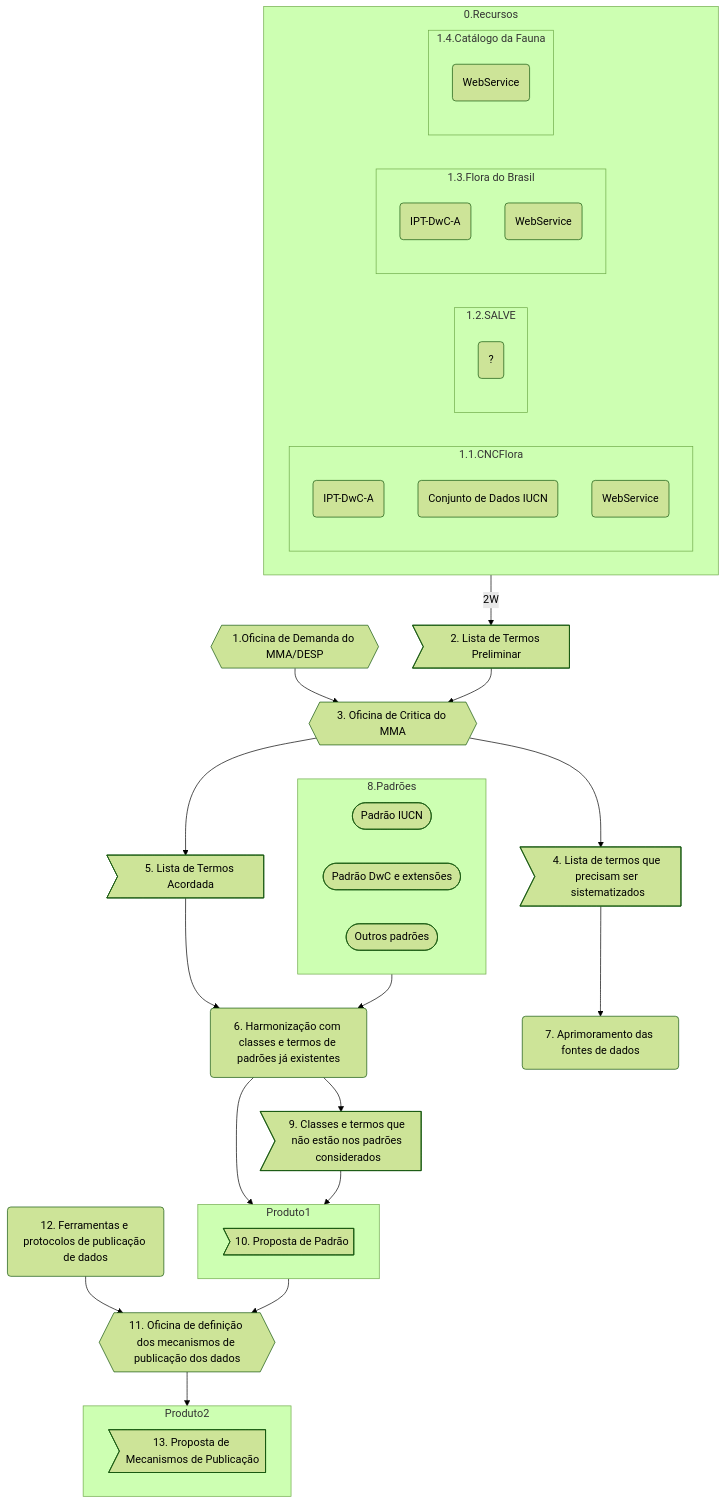
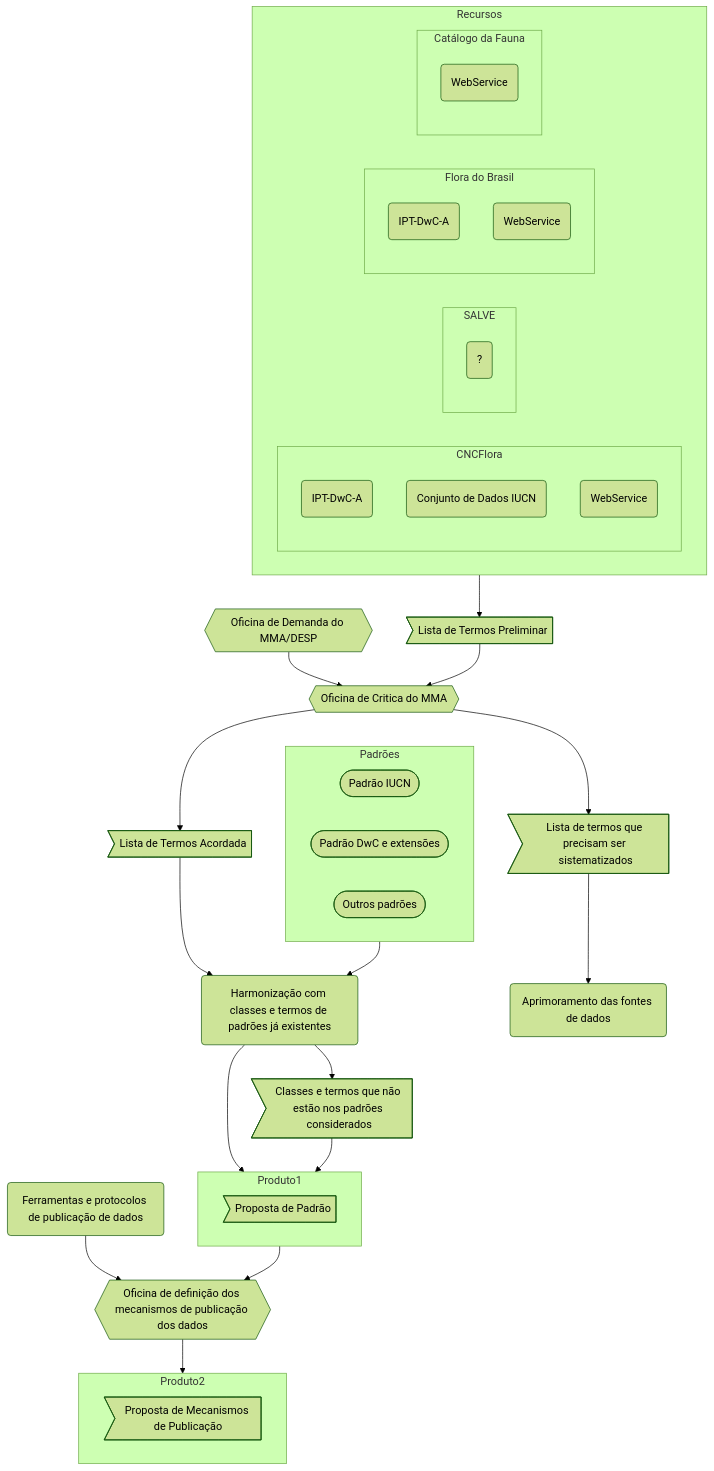
One commit to jlanna/MMA-Ameacadas changed the first of 2 diagrams in readme/fluxograma.md. Above: the diagram before and after it, drawn with Mermaid (forest theme).

````diff
--- a/readme/fluxograma.md
+++ b/readme/fluxograma.md
@@ -5,77 +5,77 @@
 ```mermaid
 flowchart TB
     
     %% define os recursos existentes que precisam ter seus termos levantados e compilados
-    subgraph 0.Recursos
+    subgraph Recursos
         direction RL    
-        subgraph 1.1.CNCFlora
+        subgraph CNCFlora
             direction TB
             rec1(IPT-DwC-A)
             rec2(Conjunto de Dados IUCN)
             rec3(WebService)
         end
-        subgraph 1.2.SALVE
+        subgraph SALVE
             direction TB
             rec4(?)
         end
-        subgraph 1.3.Flora do Brasil
+        subgraph Flora do Brasil
             direction TB
             rec5(IPT-DwC-A)
             rec6(WebService)
         end
-        subgraph 1.4.Catálogo da Fauna
+        subgraph Catálogo da Fauna
             direction TB
             rec8(WebService)
         end
      end
     
     %% oficina de demanda do MMA
-    1{{1.Oficina de Demanda do MMA/DESP}} --> 3
+    2{{Oficina de Demanda do MMA/DESP}} --> 4
     
-    %% geração do produto (2) 
-    0.Recursos -- 2W --> 2>2. Lista de Termos Preliminar]
+    %% geração do produto (3) 
+    Recursos --> 3>Lista de Termos Preliminar]
 
-    %% produto (2) alimenta a oficina do MMA para critica aos termos existentes (3)
-    2 --> 3{{3. Oficina de Critica do MMA}}
+    %% produto (3) alimenta a oficina do MMA para critica aos termos existentes (4)
+    3 --> 4{{Oficina de Critica do MMA}}
 
-    %% a oficina (3) tem como resultado uma lista de termos acordada (5) e uma lista de termos que é demandada pelo MMA mas não está presente nos recursos (4)
-    3 --> 4>4. Lista de termos que precisam ser sistematizados]
-    3 --> 5>5. Lista de Termos Acordada]
+    %% a oficina (4) tem como resultado uma lista de termos acordada (6) e uma lista de termos que é demandada pelo MMA mas não está presente nos recursos (5)
+    4 --> 5>Lista de termos que precisam ser sistematizados]
+    4 --> 6>Lista de Termos Acordada]
 
-    %% a lista de termos que é demandada mas não está presente nos recursos alimenta um o aprimoramento das fontes de dados (7)
-    4 --> 7(7. Aprimoramento das fontes de dados)
+    %% a lista de termos que é demandada mas não está presente nos recursos (5)alimenta um o aprimoramento das fontes de dados (8)
+    5 --> 8(Aprimoramento das fontes de dados)
     
-    %% a lista de termos acordada na oficina (5) alimenta a ação de harmonização dos termos com os padrões existentes (8), na ação (6)
-    5 --> 6(6. Harmonização com classes e termos de padrões já existentes)
+    %% a lista de termos acordada na oficina (6) alimenta a ação de harmonização dos termos com os padrões existentes (9), na ação (7)
+    6 --> 7(Harmonização com classes e termos de padrões já existentes)
 
-    %% bloco dos padrões existentes (8)
-    subgraph 8.Padrões
+    %% bloco dos padrões existentes (9)
+    subgraph Padrões
         direction RL
         G([Padrão IUCN])
         H([Padrão DwC e extensões])
         I([Outros padrões])
     end
-    8.Padrões --> 6
+    Padrões --> 7
 
-    %% a ação de harmonização irá encontrar classes e termos demandados que não estão presentes em nenhum padrão, gerando a necessidade de sistematizar essas classes e termos em um relatório (9)
-    6 --> 9>9. Classes e termos que não estão nos padrões considerados]
+    %% a ação de harmonização irá encontrar classes e termos demandados que não estão presentes em nenhum padrão, gerando a necessidade de sistematizar essas classes e termos em um relatório (10)
+    7 --> 10>Classes e termos que não estão nos padrões considerados]
 
     %% o Produto1 é gerado pela compilação das classes e termos presentes nos padrões existentes e por um novo conjunto de classes e termos, não presentes nos padrões mas demandados pelo MMA
     subgraph Produto1
-        10>10. Proposta de Padrão]
+        11>Proposta de Padrão]
     end
-    6 --> Produto1
-    9 --> Produto1
+    7 --> Produto1
+    10 --> Produto1
 
     %% o Produto1 alimenta a oficina para definição dos mecanimos de publicação
-    Produto1 --> 11{{11. Oficina de definição dos mecanismos de publicação dos dados}}
+    Produto1 --> 12{{Oficina de definição dos mecanismos de publicação dos dados}}
 
-    %% ferramentas e protocolos de publicação de dados também alimenta a oficina 11
-    12(12. Ferramentas e protocolos de publicação de dados) --> 11
+    %% ferramentas e protocolos de publicação de dados também alimenta a oficina 13
+    13(Ferramentas e protocolos de publicação de dados) --> 12
 
-    %% a oficina 12 gera a proposta de mecanismos de publicação
+    %% a oficina 13 gera a proposta de mecanismos de publicação
     subgraph Produto2
-        13>13. Proposta de Mecanismos de Publicação]
+        14>Proposta de Mecanismos de Publicação]
     end
-    11 --> Produto2
+    12 --> Produto2
 ```
````
